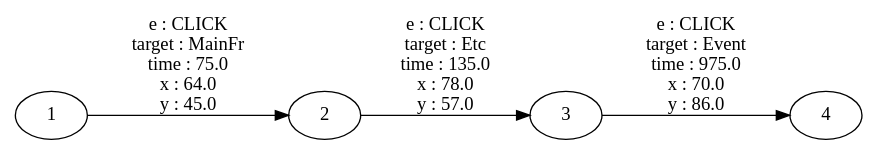
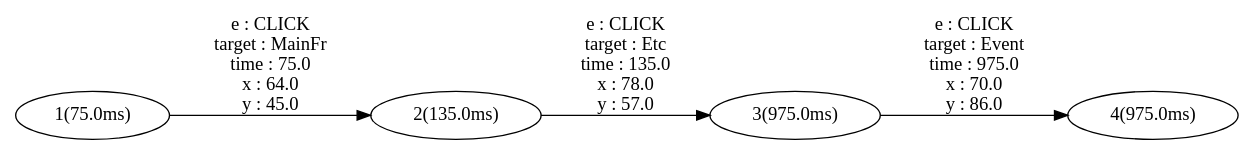
The diagram in EFSMVisualizer/out/User_1.dot (kyeongwook-ma/EFSM-visualizer), drawn with Graphviz before and after one commit. The commit also changed 4 other files, not shown here.

```diff
--- a/EFSMVisualizer/out/User_1.dot
+++ b/EFSMVisualizer/out/User_1.dot
@@ -1,3 +1,3 @@
 digraph {
 rankdir="LR"
-1->2[label=" e : CLICK\n target : MainFr\n time : 75.0\n x : 64.0\n y : 45.0"];2->3[label=" e : CLICK\n target : Etc\n time : 135.0\n x : 78.0\n y : 57.0"];3->4[label=" e : CLICK\n target : Event\n time : 975.0\n x : 70.0\n y : 86.0"];}
+1[label="1(75.0ms)"]2[label="2(75.0ms)"]1->2[label=" e : CLICK\n target : MainFr\n time : 75.0\n x : 64.0\n y : 45.0"];2[label="2(135.0ms)"]3[label="3(135.0ms)"]2->3[label=" e : CLICK\n target : Etc\n time : 135.0\n x : 78.0\n y : 57.0"];3[label="3(975.0ms)"]4[label="4(975.0ms)"]3->4[label=" e : CLICK\n target : Event\n time : 975.0\n x : 70.0\n y : 86.0"];}
```
